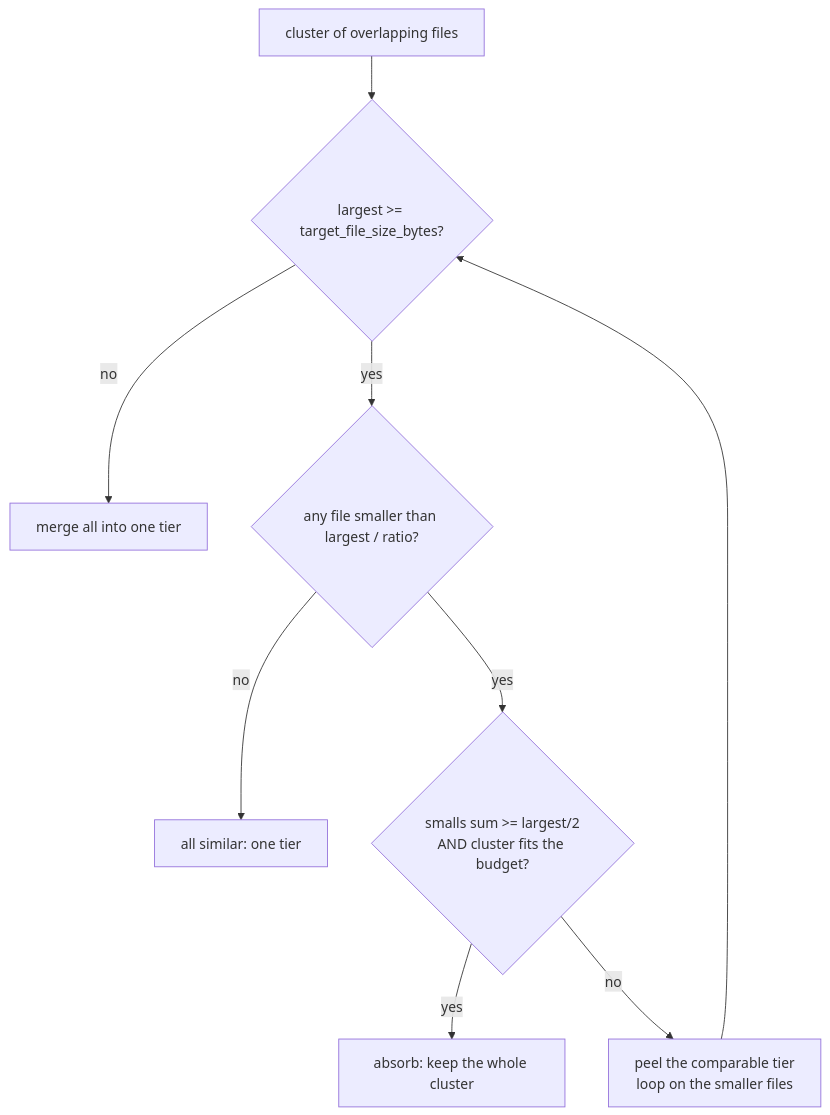
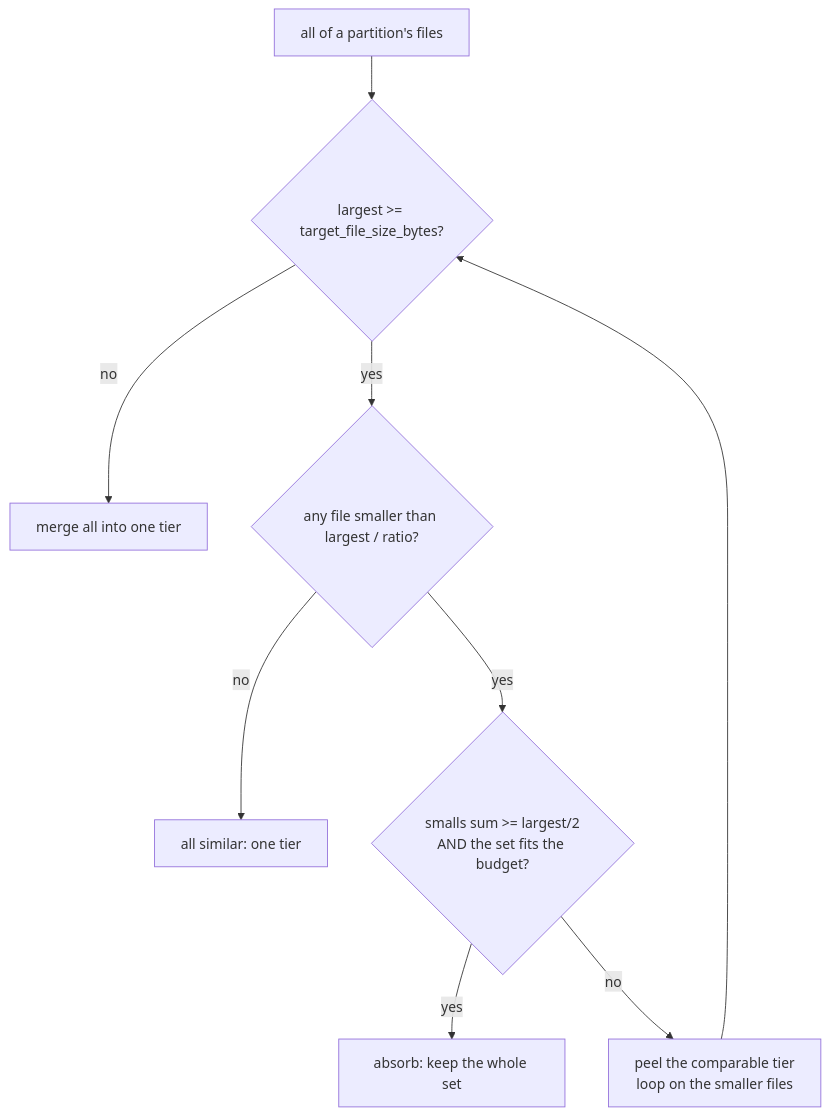
The third of 3 diagrams in crates/icegate-maintain/src/compact/README.md (icegatetech/icegate), drawn with Mermaid before and after one commit. The commit also changed other lines of this file and 3 other files, not shown here.

````diff
--- a/crates/icegate-maintain/src/compact/README.md
+++ b/crates/icegate-maintain/src/compact/README.md
@@ -79,11 +76,11 @@
 ```mermaid
 flowchart TD
-    A[cluster of overlapping files] --> B{"largest >= target_file_size_bytes?"}
+    A["all of a partition's files"] --> B{"largest >= target_file_size_bytes?"}
     B -- no --> M1[merge all into one tier]
     B -- yes --> C{"any file smaller than largest / ratio?"}
     C -- no --> M2[all similar: one tier]
-    C -- yes --> D{"smalls sum >= largest/2<br/>AND cluster fits the budget?"}
-    D -- yes --> M3[absorb: keep the whole cluster]
+    C -- yes --> D{"smalls sum >= largest/2<br/>AND the set fits the budget?"}
+    D -- yes --> M3[absorb: keep the whole set]
     D -- no --> E["peel the comparable tier<br/>loop on the smaller files"]
     E --> B
 ```
````
